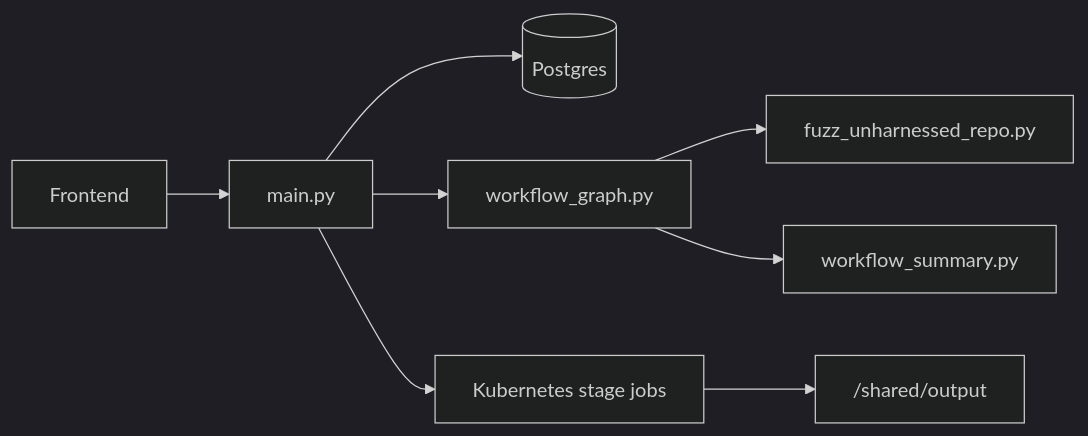
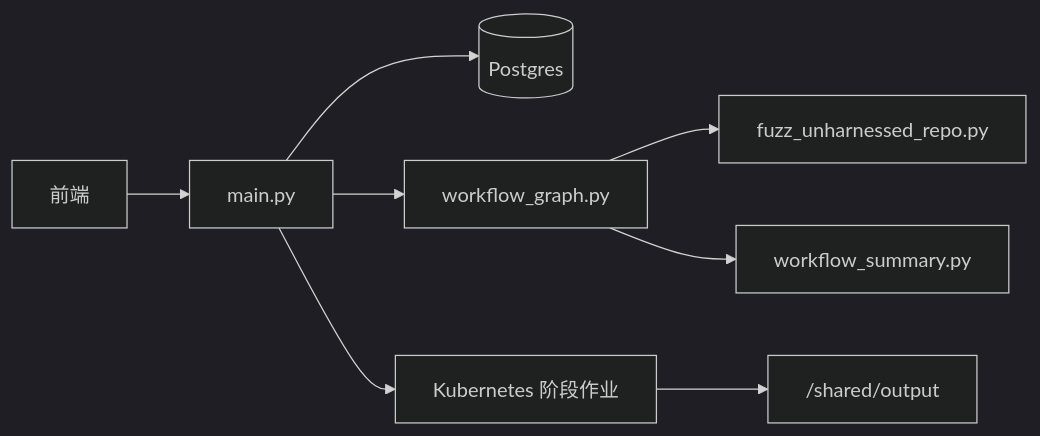
The first of 2 diagrams in docs/CODEBASE_TECHNICAL_ANALYSIS.md (ZUENS2020/Sherpa), drawn with Mermaid (dark theme) before and after one commit. The commit also changed other lines of this file and 23 other files, not shown here.

````diff
--- a/docs/CODEBASE_TECHNICAL_ANALYSIS.md
+++ b/docs/CODEBASE_TECHNICAL_ANALYSIS.md
@@ -21,10 +21,10 @@
 ```mermaid
 flowchart LR
-  FE["Frontend"] --> API["main.py"]
+  FE["前端"] --> API["main.py"]
   API --> DB[("Postgres")]
   API --> WF["workflow_graph.py"]
   WF --> GEN["fuzz_unharnessed_repo.py"]
   WF --> SUM["workflow_summary.py"]
-  API --> JOB["Kubernetes stage jobs"]
+  API --> JOB["Kubernetes 阶段作业"]
   JOB --> OUT["/shared/output"]
 ```
````
